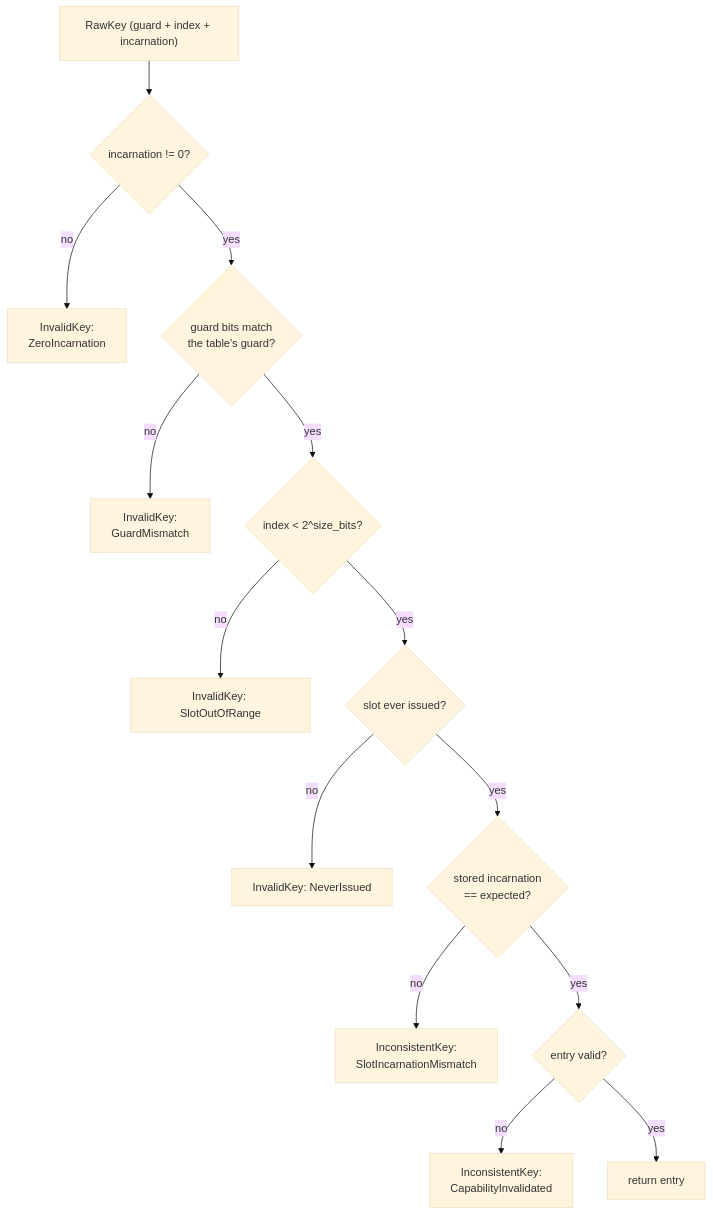
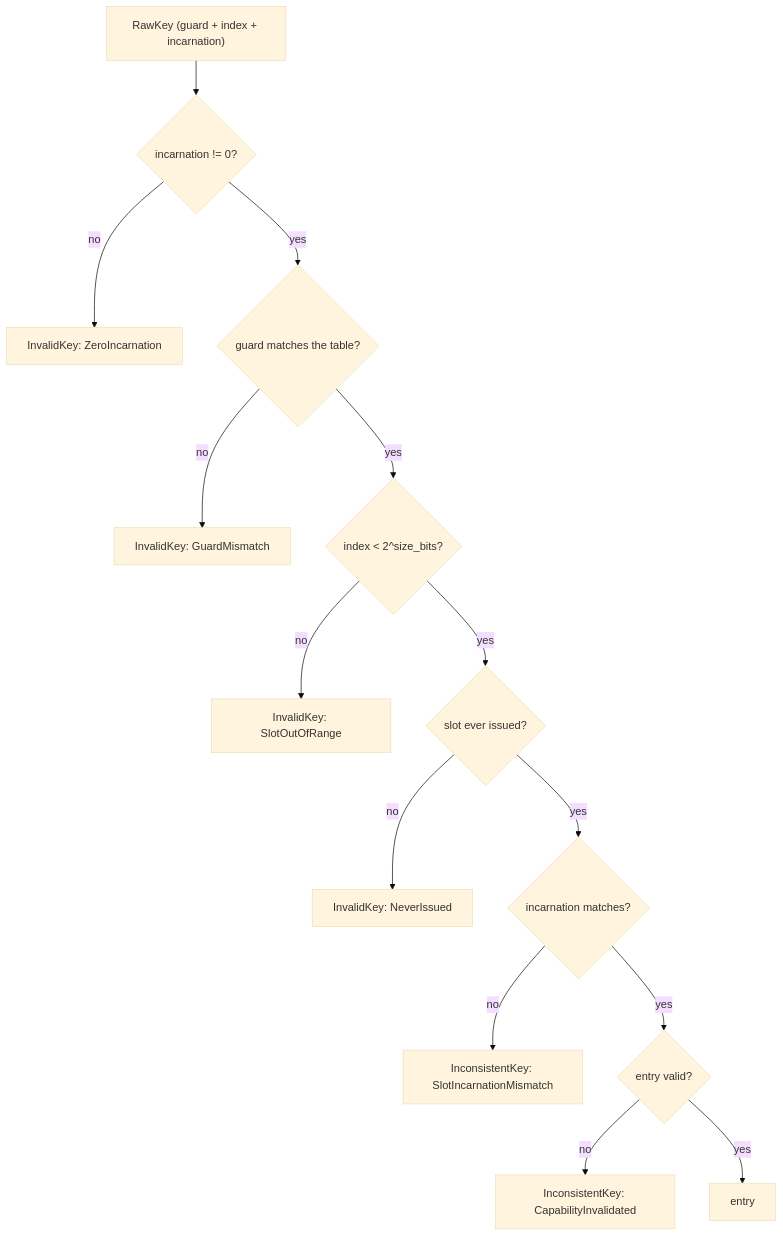
Before and after one commit to metta-systems/vesper: the diagram in doc/object_types/core/key_table.md, drawn with Mermaid (base theme). The commit also changed other lines of this file and 21 other files, not shown here.

````diff
--- a/doc/object_types/core/key_table.md
+++ b/doc/object_types/core/key_table.md
@@ -121,16 +85,16 @@
 ```mermaid
 flowchart TD
     A["RawKey (guard + index + incarnation)"] --> B{"incarnation != 0?"}
-    B -- "no" --> E1["InvalidKey:<br/>ZeroIncarnation"]
-    B -- "yes" --> G{"guard bits match<br/>the table's guard?"}
-    G -- "no" --> E6["InvalidKey:<br/>GuardMismatch"]
+    B -- "no" --> E1["InvalidKey: ZeroIncarnation"]
+    B -- "yes" --> G{"guard matches the table?"}
+    G -- "no" --> E6["InvalidKey: GuardMismatch"]
     G -- "yes" --> C{"index < 2^size_bits?"}
     C -- "no" --> E2["InvalidKey: SlotOutOfRange"]
     C -- "yes" --> D{"slot ever issued?"}
     D -- "no" --> E3["InvalidKey: NeverIssued"]
-    D -- "yes" --> E{"stored incarnation<br/>== expected?"}
-    E -- "no" --> E4["InconsistentKey:<br/>SlotIncarnationMismatch"]
+    D -- "yes" --> E{"incarnation matches?"}
+    E -- "no" --> E4["InconsistentKey: SlotIncarnationMismatch"]
     E -- "yes" --> F{"entry valid?"}
-    F -- "no" --> E5["InconsistentKey:<br/>CapabilityInvalidated"]
-    F -- "yes" --> OK["return entry"]
+    F -- "no" --> E5["InconsistentKey: CapabilityInvalidated"]
+    F -- "yes" --> OK["entry"]
 ```
````
